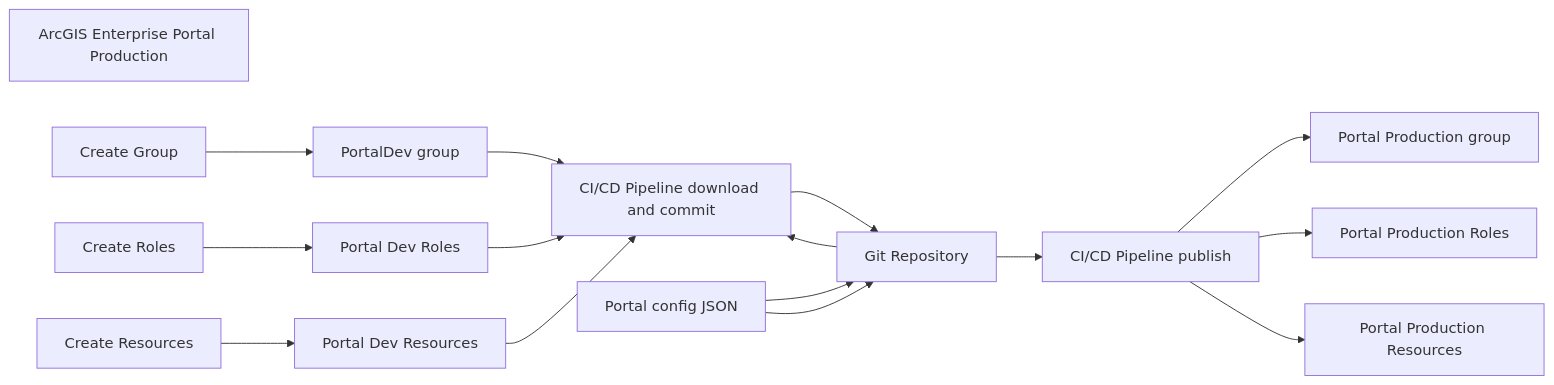
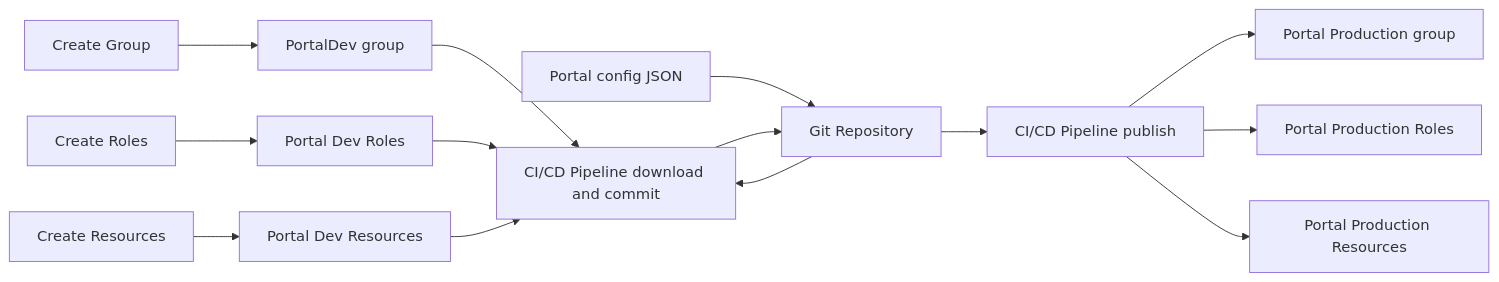
Before and after one commit to merkator-software/GaiaBuilder-manual: the diagram in Configuration_examples/Portal Configuration Examples/readme.md, drawn with Mermaid.

Commit message:
another mermaid fix

````diff
--- a/Configuration_examples/Portal Configuration Examples/readme.md
+++ b/Configuration_examples/Portal Configuration Examples/readme.md
@@ -22,32 +22,30 @@
 ```mermaid
 graph LR
   groupdev[PortalDev group]
   groupprd[Portal Production group]
   rolesdev[Portal Dev Roles]
   rolesprd[Portal Production Roles]
   resourcesdev[Portal Dev Resources]
   resourcesprd[Portal Production Resources]
   git[Git Repository]
   pipelinecommit[CI/CD Pipeline download and commit]
   pipelinedeploy[CI/CD Pipeline publish]
-  portal[ArcGIS Enterprise Portal Production]
   creategroup[Create Group]
   createrole[Create Roles]
   createresource[Create Resources]
   json[Portal config JSON]
 
   creategroup --> groupdev
   createrole --> rolesdev
   createresource --> resourcesdev
   groupdev --> pipelinecommit
   rolesdev --> pipelinecommit
   resourcesdev --> pipelinecommit
   json --> git
   git --> pipelinecommit
   pipelinecommit --> git
-  json --> git
   git --> pipelinedeploy
   pipelinedeploy --> groupprd
   pipelinedeploy --> rolesprd
   pipelinedeploy --> resourcesprd
 ```
````
